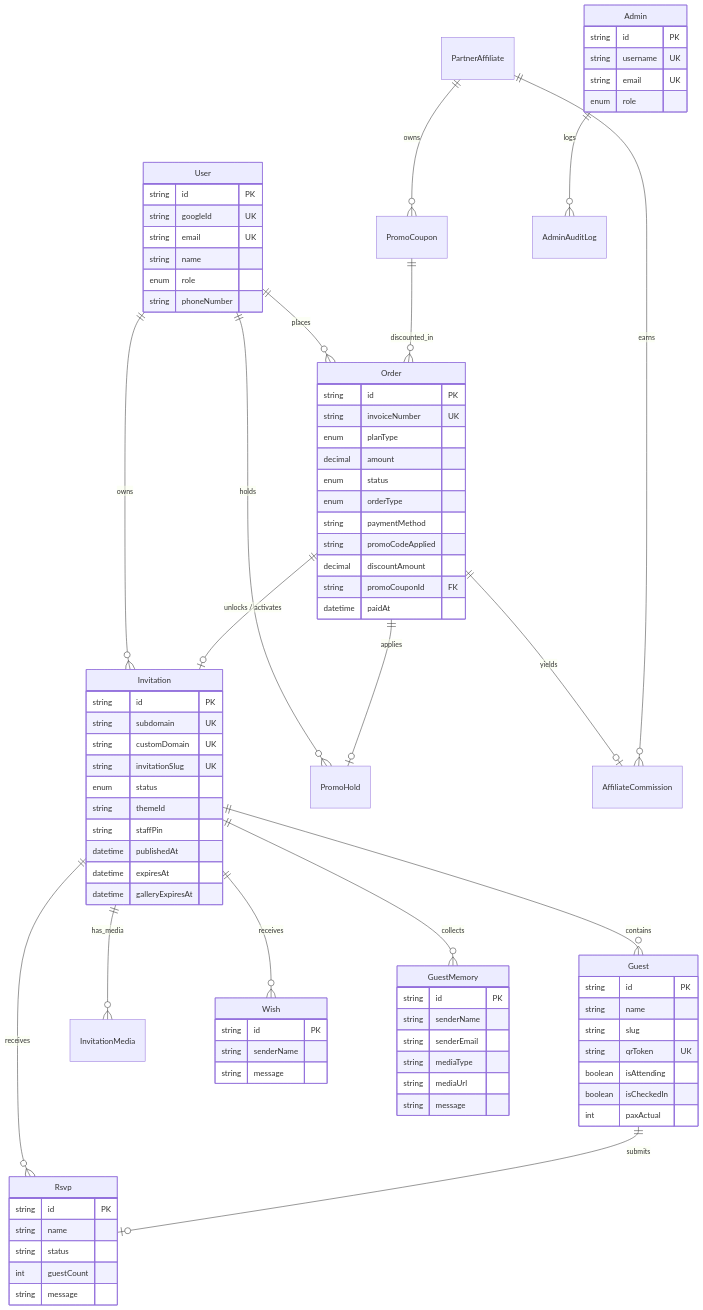
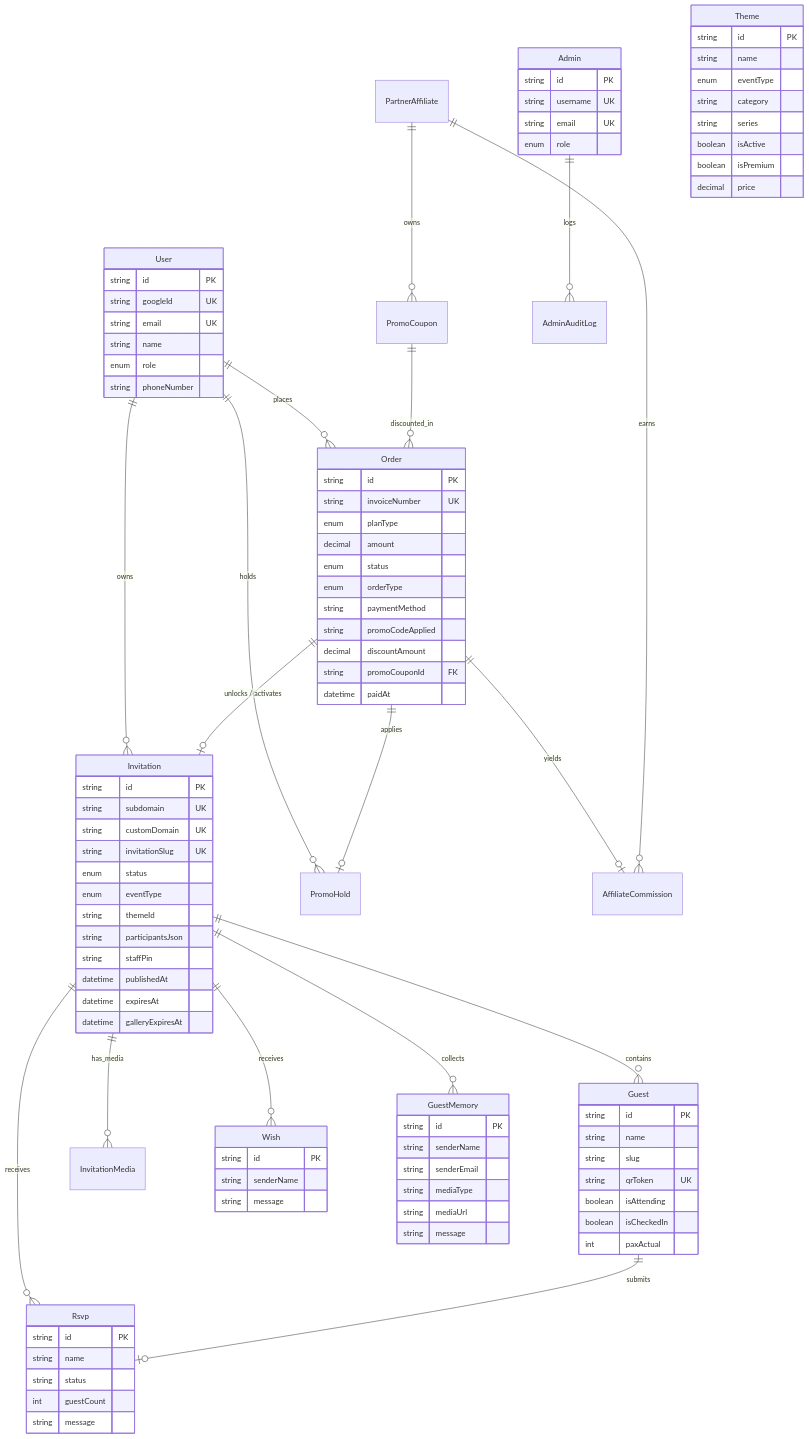
The first of 3 diagrams in docs/DATABASE_SCHEMA_DAN_RELASI.md (armansyam/luxenary-invite), drawn with Mermaid before and after one commit. The commit also changed other lines of this file and 9 other files, not shown here.

Commit message:
docs: synchronize complete documentation ecosystem with v6.3.2 multi-event architecture and updated QA reports

```diff
--- a/docs/DATABASE_SCHEMA_DAN_RELASI.md
+++ b/docs/DATABASE_SCHEMA_DAN_RELASI.md
@@ -55,11 +55,24 @@
         string customDomain UK
         string invitationSlug UK
         enum status
+        enum eventType
         string themeId
+        string participantsJson
         string staffPin
         datetime publishedAt
         datetime expiresAt
         datetime galleryExpiresAt
+    }
+
+    Theme {
+        string id PK
+        string name
+        enum eventType
+        string category
+        string series
+        boolean isActive
+        boolean isPremium
+        decimal price
     }
 
     Guest {
```
